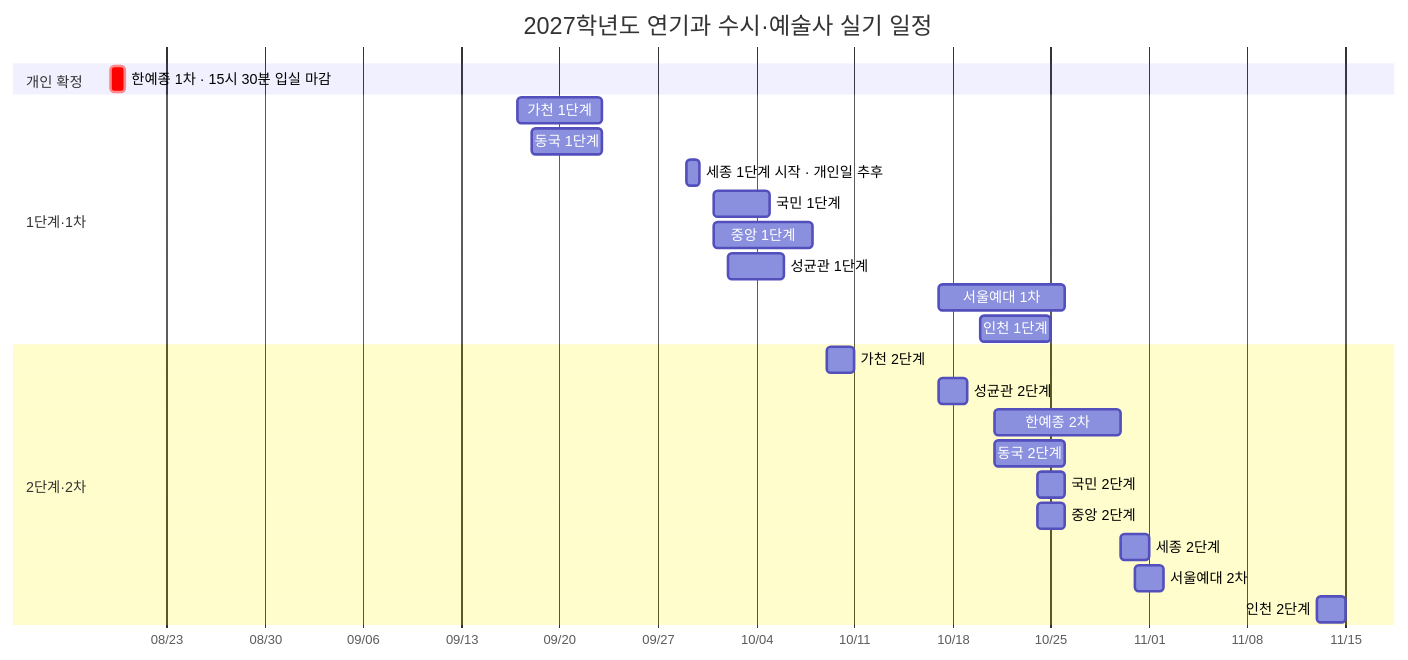
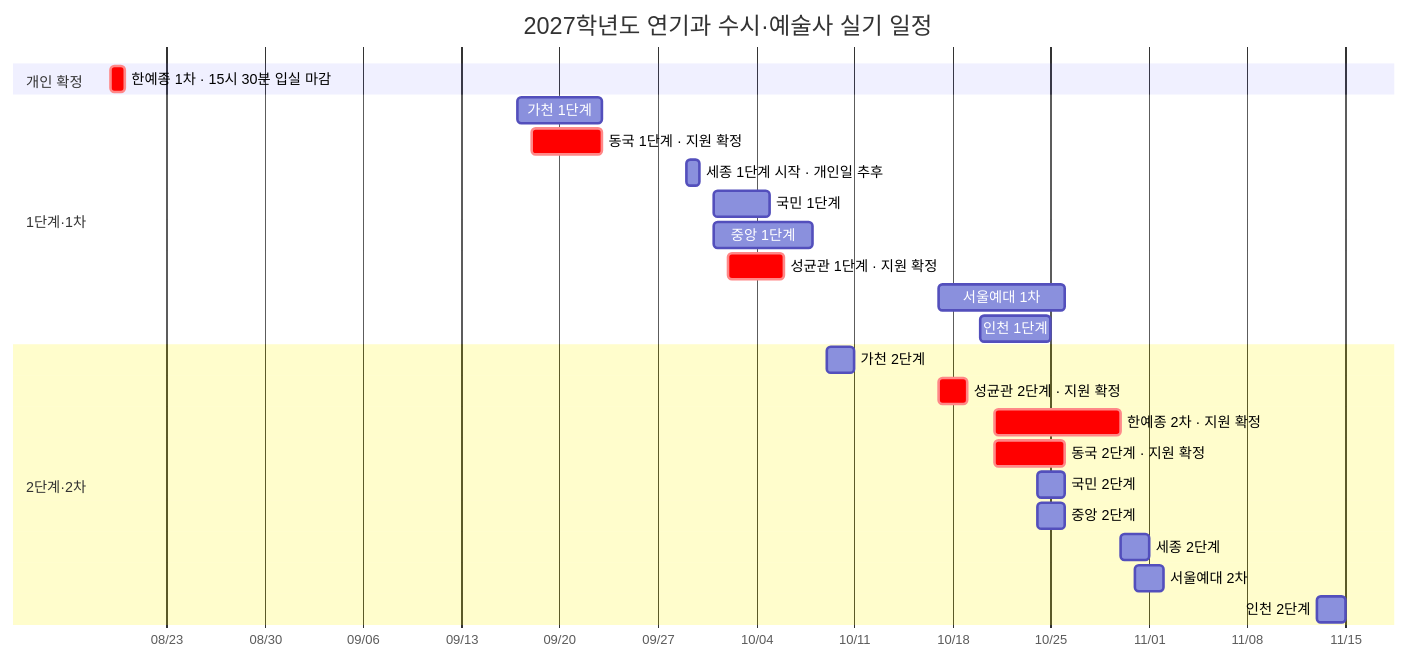
One commit to Aera0512/Base_ changed the diagram in 정리/입시/2027 연기과 시험 일정 그래프.md. Above: the diagram before and after it, drawn with Mermaid. The commit also changed other lines of this file, not shown here.

Commit message:
vault backup: 2026-08-04 18:41:48

````diff
--- a/정리/입시/2027 연기과 시험 일정 그래프.md
+++ b/정리/입시/2027 연기과 시험 일정 그래프.md
@@ -28,30 +31,30 @@
 ```mermaid
 gantt
     title 2027학년도 연기과 수시·예술사 실기 일정
     dateFormat  YYYY-MM-DD
     axisFormat  %m/%d
 
     section 개인 확정
     한예종 1차 · 15시 30분 입실 마감 :crit, karts1, 2026-08-19, 1d
 
     section 1단계·1차
     가천 1단계                    :gachon1, 2026-09-17, 2026-09-23
-    동국 1단계                    :dongguk1, 2026-09-18, 2026-09-23
+    동국 1단계 · 지원 확정         :crit, dongguk1, 2026-09-18, 2026-09-23
     세종 1단계 시작 · 개인일 추후 :sejong1, 2026-09-29, 1d
     국민 1단계                    :kookmin1, 2026-10-01, 2026-10-05
     중앙 1단계                    :cau1, 2026-10-01, 2026-10-08
-    성균관 1단계                  :skku1, 2026-10-02, 2026-10-06
+    성균관 1단계 · 지원 확정       :crit, skku1, 2026-10-02, 2026-10-06
     서울예대 1차                  :seoularts1, 2026-10-17, 2026-10-26
     인천 1단계                    :inu1, 2026-10-20, 2026-10-25
 
     section 2단계·2차
     가천 2단계                    :gachon2, 2026-10-09, 2026-10-11
-    성균관 2단계                  :skku2, 2026-10-17, 2026-10-19
-    한예종 2차                    :karts2, 2026-10-21, 2026-10-30
-    동국 2단계                    :dongguk2, 2026-10-21, 2026-10-26
+    성균관 2단계 · 지원 확정       :crit, skku2, 2026-10-17, 2026-10-19
+    한예종 2차 · 지원 확정         :crit, karts2, 2026-10-21, 2026-10-30
+    동국 2단계 · 지원 확정         :crit, dongguk2, 2026-10-21, 2026-10-26
     국민 2단계                    :kookmin2, 2026-10-24, 2026-10-26
     중앙 2단계                    :cau2, 2026-10-24, 2026-10-26
     세종 2단계                    :sejong2, 2026-10-30, 2026-11-01
     서울예대 2차                  :seoularts2, 2026-10-31, 2026-11-02
     인천 2단계                    :inu2, 2026-11-13, 2026-11-15
 ```
````
